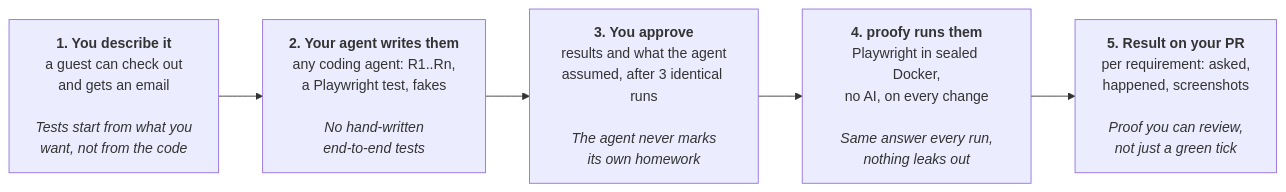
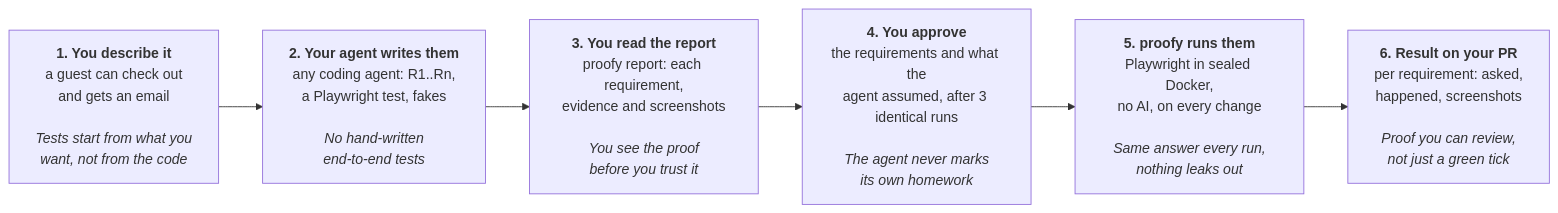
One commit to davidrydberg/proofy changed the diagram in docs/overview/flow.mmd. Above: the diagram before and after it, drawn with Mermaid. The commit also changed 4 other files, not shown here.

Commit message:
Show reading the report before approving, in the GIF, the flow diagram and the quick start

```diff
--- a/docs/overview/flow.mmd
+++ b/docs/overview/flow.mmd
@@ -1,8 +1,9 @@
 flowchart LR
   describe["<b>1. You describe it</b><br/>a guest can check out<br/>and gets an email<br/><br/><i>Tests start from what you<br/>want, not from the code</i>"]
   write["<b>2. Your agent writes them</b><br/>any coding agent: R1..Rn,<br/>a Playwright test, fakes<br/><br/><i>No hand-written<br/>end-to-end tests</i>"]
-  approve["<b>3. You approve</b><br/>results and what the agent<br/>assumed, after 3 identical runs<br/><br/><i>The agent never marks<br/>its own homework</i>"]
-  run["<b>4. proofy runs them</b><br/>Playwright in sealed Docker,<br/>no AI, on every change<br/><br/><i>Same answer every run,<br/>nothing leaks out</i>"]
-  report["<b>5. Result on your PR</b><br/>per requirement: asked,<br/>happened, screenshots<br/><br/><i>Proof you can review,<br/>not just a green tick</i>"]
+  check["<b>3. You read the report</b><br/>proofy report: each requirement,<br/>evidence and screenshots<br/><br/><i>You see the proof<br/>before you trust it</i>"]
+  approve["<b>4. You approve</b><br/>the requirements and what the<br/>agent assumed, after 3 identical runs<br/><br/><i>The agent never marks<br/>its own homework</i>"]
+  run["<b>5. proofy runs them</b><br/>Playwright in sealed Docker,<br/>no AI, on every change<br/><br/><i>Same answer every run,<br/>nothing leaks out</i>"]
+  report["<b>6. Result on your PR</b><br/>per requirement: asked,<br/>happened, screenshots<br/><br/><i>Proof you can review,<br/>not just a green tick</i>"]
 
-  describe --> write --> approve --> run --> report
+  describe --> write --> check --> approve --> run --> report
```
